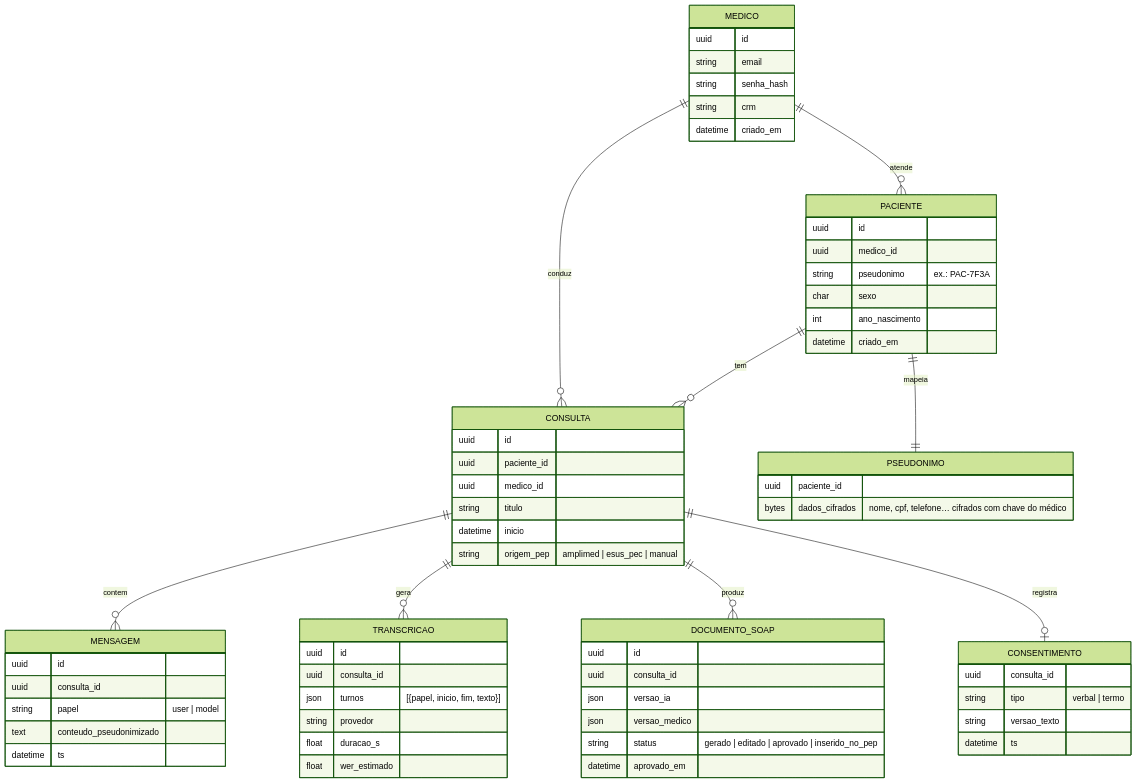
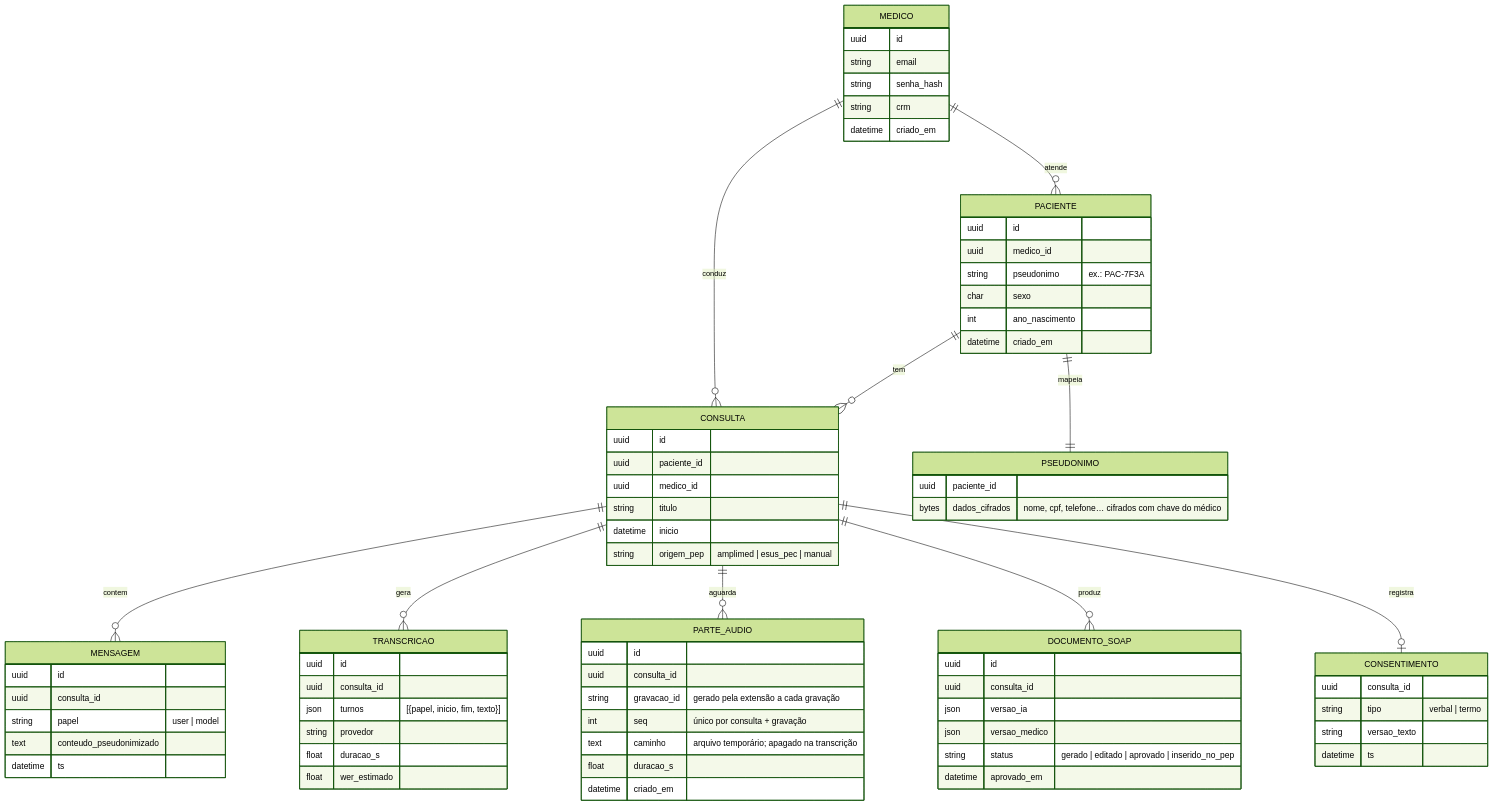
The second of 3 diagrams in docs/05-arquitetura-v5.md (ruypontes/copilot-medico), drawn with Mermaid (forest theme) before and after one commit. The commit also changed other lines of this file and 11 other files, not shown here.

First line of the commit message:
feat(api): audio da consulta em partes com sequencia e reenvio (B30)

````diff
--- a/docs/05-arquitetura-v5.md
+++ b/docs/05-arquitetura-v5.md
@@ -72,67 +73,77 @@
 ```mermaid
 erDiagram
     MEDICO ||--o{ PACIENTE : atende
     MEDICO ||--o{ CONSULTA : conduz
     PACIENTE ||--o{ CONSULTA : tem
     CONSULTA ||--o{ MENSAGEM : contem
     CONSULTA ||--o{ TRANSCRICAO : gera
+    CONSULTA ||--o{ PARTE_AUDIO : aguarda
     CONSULTA ||--o{ DOCUMENTO_SOAP : produz
     CONSULTA ||--o| CONSENTIMENTO : registra
     PACIENTE ||--|| PSEUDONIMO : mapeia
     MEDICO {
         uuid id
         string email
         string senha_hash
         string crm
         datetime criado_em
     }
     PACIENTE {
         uuid id
         uuid medico_id
         string pseudonimo "ex.: PAC-7F3A"
         char sexo
         int ano_nascimento
         datetime criado_em
     }
     PSEUDONIMO {
         uuid paciente_id
         bytes dados_cifrados "nome, cpf, telefone… cifrados com chave do médico"
     }
     CONSULTA {
         uuid id
         uuid paciente_id
         uuid medico_id
         string titulo
         datetime inicio
         string origem_pep "amplimed | esus_pec | manual"
     }
     MENSAGEM {
         uuid id
         uuid consulta_id
         string papel "user | model"
         text conteudo_pseudonimizado
         datetime ts
     }
     TRANSCRICAO {
         uuid id
         uuid consulta_id
         json turnos "[{papel, inicio, fim, texto}]"
         string provedor
         float duracao_s
         float wer_estimado
     }
+    PARTE_AUDIO {
+        uuid id
+        uuid consulta_id
+        string gravacao_id "gerado pela extensão a cada gravação"
+        int seq "único por consulta + gravação"
+        text caminho "arquivo temporário; apagado na transcrição"
+        float duracao_s
+        datetime criado_em
+    }
     DOCUMENTO_SOAP {
         uuid id
         uuid consulta_id
         json versao_ia
         json versao_medico
         string status "gerado | editado | aprovado | inserido_no_pep"
         datetime aprovado_em
     }
     CONSENTIMENTO {
         uuid consulta_id
         string tipo "verbal | termo"
         string versao_texto
         datetime ts
     }
 ```
````
